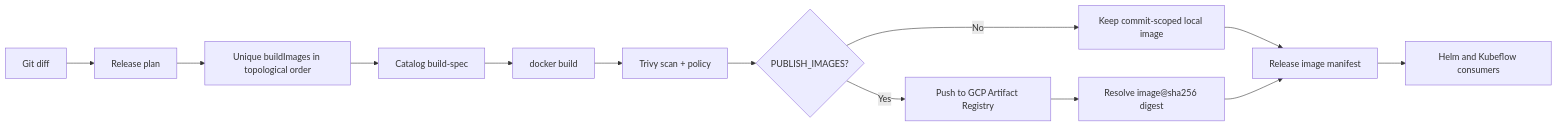
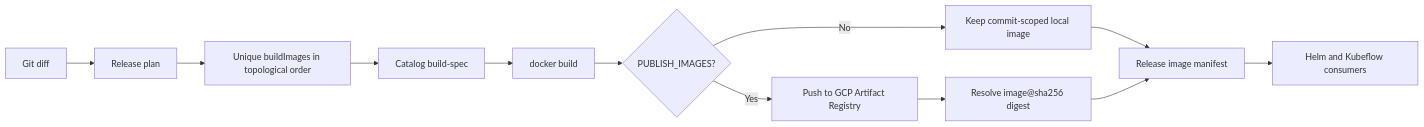
The diagram in docs/submission/rubic-(mini-coursework)/docker.md (itsmekhoathekid/RecSys-MLops), drawn with Mermaid before and after one commit. The commit also changed other lines of this file and 59 other files, not shown here.

````diff
--- a/docs/submission/rubic-(mini-coursework)/docker.md
+++ b/docs/submission/rubic-(mini-coursework)/docker.md
@@ -305,15 +305,14 @@
 ```mermaid
 flowchart LR
     A["Git diff"] --> B["Release plan"]
     B --> C["Unique buildImages in topological order"]
     C --> D["Catalog build-spec"]
     D --> E["docker build"]
-    E --> F["Trivy scan + policy"]
-    F --> G{"PUBLISH_IMAGES?"}
+    E --> G{"PUBLISH_IMAGES?"}
     G -- "No" --> H["Keep commit-scoped local image"]
     G -- "Yes" --> I["Push to GCP Artifact Registry"]
     I --> J["Resolve image@sha256 digest"]
     H --> K["Release image manifest"]
     J --> K
     K --> L["Helm and Kubeflow consumers"]
 ```
````
